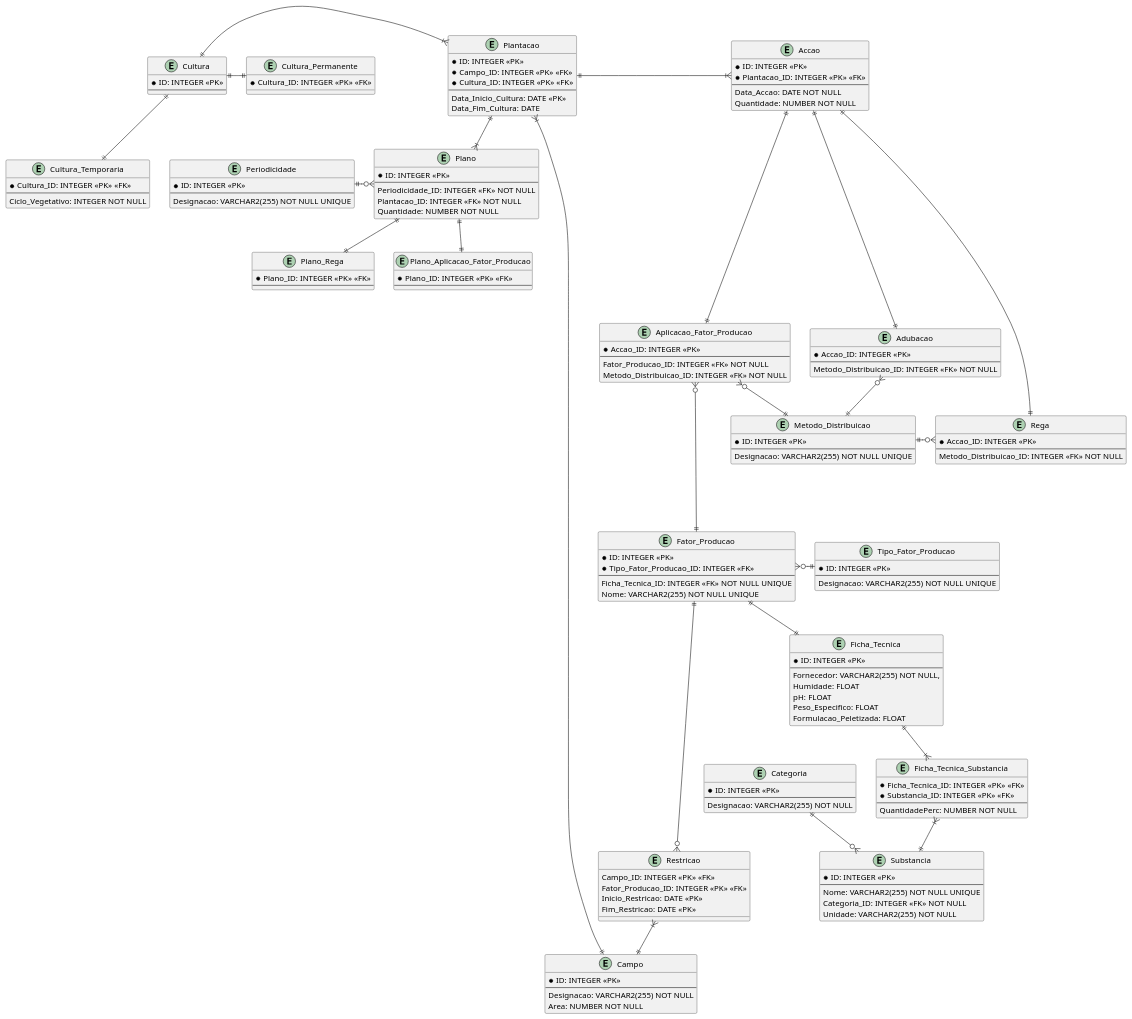
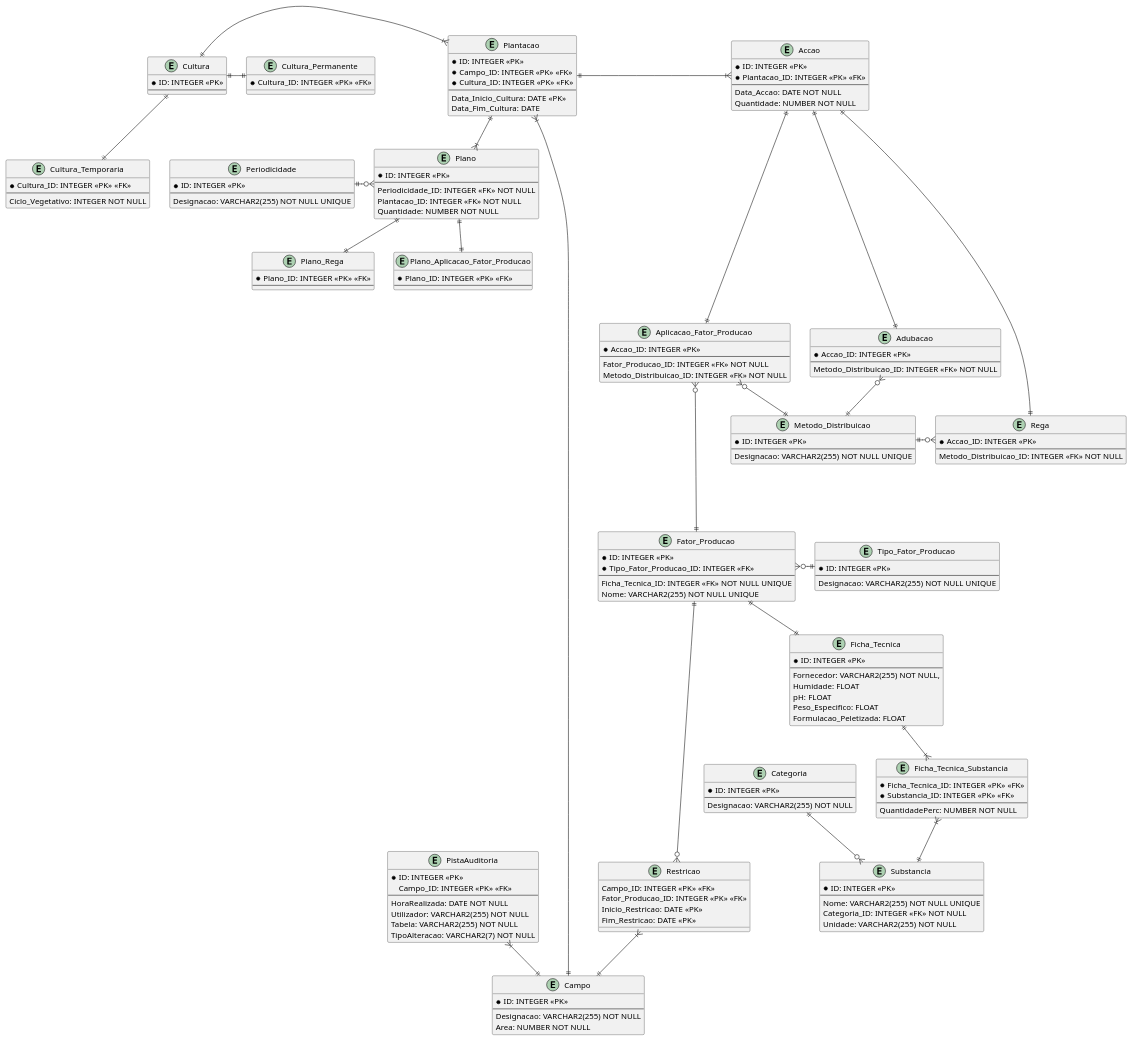
One commit to Mendoncaa/LAPR3 changed the diagram in BDDAD/Quinta-Manutenção.puml. Above: the diagram before and after it, drawn with PlantUML. The commit also changed 2 other files, not shown here.

```diff
--- a/BDDAD/Quinta-Manutenção.puml
+++ b/BDDAD/Quinta-Manutenção.puml
@@ -152,9 +152,20 @@
     * Plano_ID: INTEGER <<PK>> <<FK>>
     --
 }
+entity PistaAuditoria{
+    * ID: INTEGER <<PK>>
+    Campo_ID: INTEGER <<PK>> <<FK>>
+    --
+    HoraRealizada: DATE NOT NULL
+    Utilizador: VARCHAR2(255) NOT NULL
+    Tabela: VARCHAR2(255) NOT NULL
+    TipoAlteracao: VARCHAR2(7) NOT NULL
+}
+
 
 Campo ||-d-|{ Plantacao
 Campo ||-u-|{ Restricao
+Campo ||-u-|{ PistaAuditoria
 
 Cultura ||-r-|{ Plantacao
 
```
